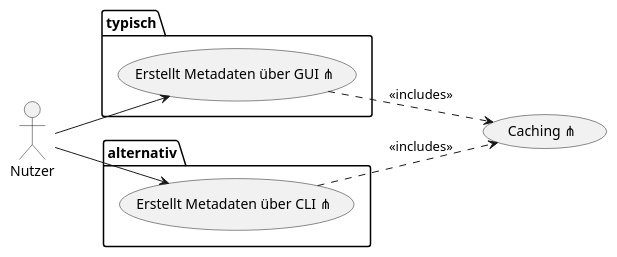
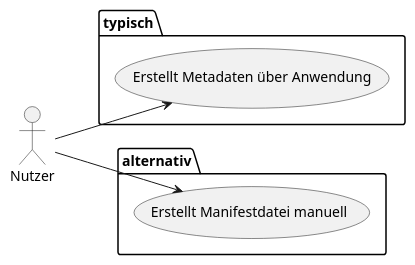
Before and after one commit to SoftwareEngineeringOne/wiki: the third of 20 diagrams in wiki/topics/Inkremente/00/Anforderungsanalyse.md, drawn with PlantUML. The commit also changed other lines of this file, not shown here.

````diff
--- a/wiki/topics/Inkremente/00/Anforderungsanalyse.md
+++ b/wiki/topics/Inkremente/00/Anforderungsanalyse.md
@@ -65,19 +137,16 @@
 ```plantuml
 @startuml
 left to right direction
 
 actor Nutzer as u
-usecase "Caching ⋔" as c
 
 package typisch {
-u --> (Erstellt Metadaten über GUI ⋔)
+u --> (Erstellt Metadaten über Anwendung)
 }
 
 package alternativ {
-u --> (Erstellt Metadaten über CLI ⋔)
+u --> (Erstellt Manifestdatei manuell)
 }
 
-c <.up. (Erstellt Metadaten über GUI ⋔) : <<includes>>
-c <.up. (Erstellt Metadaten über CLI ⋔) : <<includes>>
 @enduml
 ```
````
